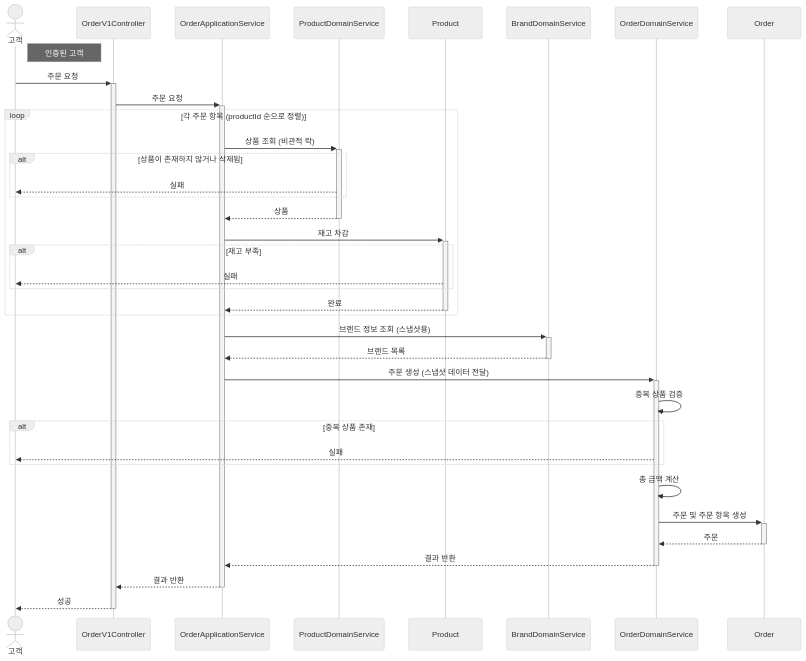
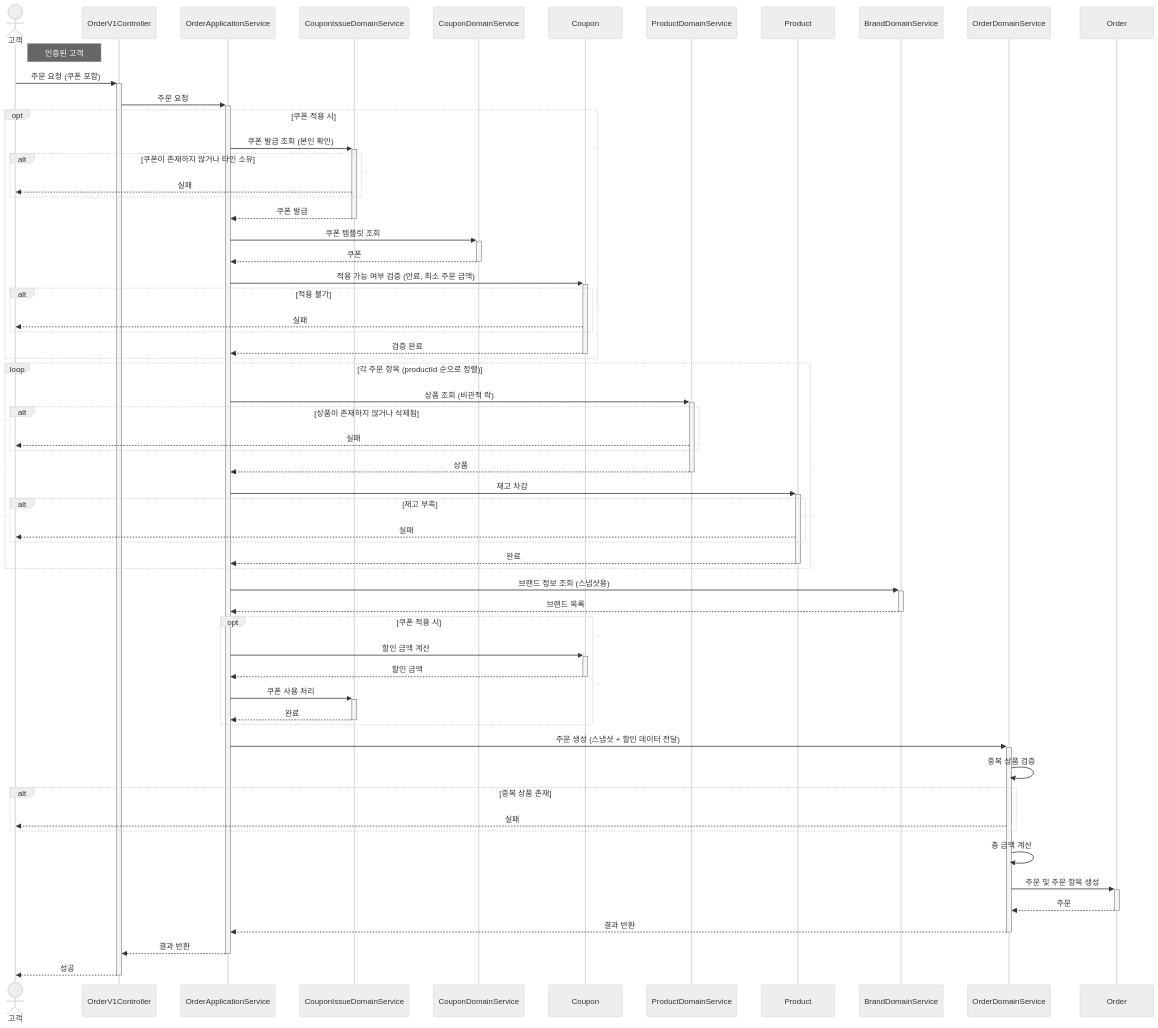
One commit to Loopers-dev-lab/loop-pack-be-l2-vol3-java changed the fourth of 7 diagrams in .docs/02-sequence-diagrams.md. Above: the diagram before and after it, drawn with Mermaid (neutral theme). The commit also changed other lines of this file and 4 other files, not shown here.

````diff
--- a/.docs/02-sequence-diagrams.md
+++ b/.docs/02-sequence-diagrams.md
@@ -113,45 +160,72 @@
 ```mermaid
 sequenceDiagram
     actor 고객
     participant OrderV1Controller
     participant OrderApplicationService
+    participant CouponIssueDomainService
+    participant CouponDomainService
+    participant Coupon
     participant ProductDomainService
     participant Product
     participant BrandDomainService
     participant OrderDomainService
     participant Order
 
     Note right of 고객: 인증된 고객
 
-    고객->>+OrderV1Controller: 주문 요청
+    고객->>+OrderV1Controller: 주문 요청 (쿠폰 포함)
     OrderV1Controller->>+OrderApplicationService: 주문 요청
+
+    opt 쿠폰 적용 시
+        OrderApplicationService->>+CouponIssueDomainService: 쿠폰 발급 조회 (본인 확인)
+        alt 쿠폰이 존재하지 않거나 타인 소유
+            CouponIssueDomainService-->>고객: 실패
+        end
+        CouponIssueDomainService-->>-OrderApplicationService: 쿠폰 발급
+
+        OrderApplicationService->>+CouponDomainService: 쿠폰 템플릿 조회
+        CouponDomainService-->>-OrderApplicationService: 쿠폰
+
+        OrderApplicationService->>+Coupon: 적용 가능 여부 검증 (만료, 최소 주문 금액)
+        alt 적용 불가
+            Coupon-->>고객: 실패
+        end
+        Coupon-->>-OrderApplicationService: 검증 완료
+    end
 
     loop 각 주문 항목 (productId 순으로 정렬)
         OrderApplicationService->>+ProductDomainService: 상품 조회 (비관적 락)
         alt 상품이 존재하지 않거나 삭제됨
             ProductDomainService-->>고객: 실패
         end
         ProductDomainService-->>-OrderApplicationService: 상품
         OrderApplicationService->>+Product: 재고 차감
         alt 재고 부족
             Product-->>고객: 실패
         end
         Product-->>-OrderApplicationService: 완료
     end
 
     OrderApplicationService->>+BrandDomainService: 브랜드 정보 조회 (스냅샷용)
     BrandDomainService-->>-OrderApplicationService: 브랜드 목록
 
-    OrderApplicationService->>+OrderDomainService: 주문 생성 (스냅샷 데이터 전달)
+    opt 쿠폰 적용 시
+        OrderApplicationService->>+Coupon: 할인 금액 계산
+        Coupon-->>-OrderApplicationService: 할인 금액
+        OrderApplicationService->>+CouponIssueDomainService: 쿠폰 사용 처리
+        CouponIssueDomainService-->>-OrderApplicationService: 완료
+    end
+
+    OrderApplicationService->>+OrderDomainService: 주문 생성 (스냅샷 + 할인 데이터 전달)
     OrderDomainService->>OrderDomainService: 중복 상품 검증
     alt 중복 상품 존재
         OrderDomainService-->>고객: 실패
     end
     OrderDomainService->>OrderDomainService: 총 금액 계산
     OrderDomainService->>+Order: 주문 및 주문 항목 생성
     Order-->>-OrderDomainService: 주문
 
     OrderDomainService-->>-OrderApplicationService: 결과 반환
     OrderApplicationService-->>-OrderV1Controller: 결과 반환
     OrderV1Controller-->>-고객: 성공
 ```
````
